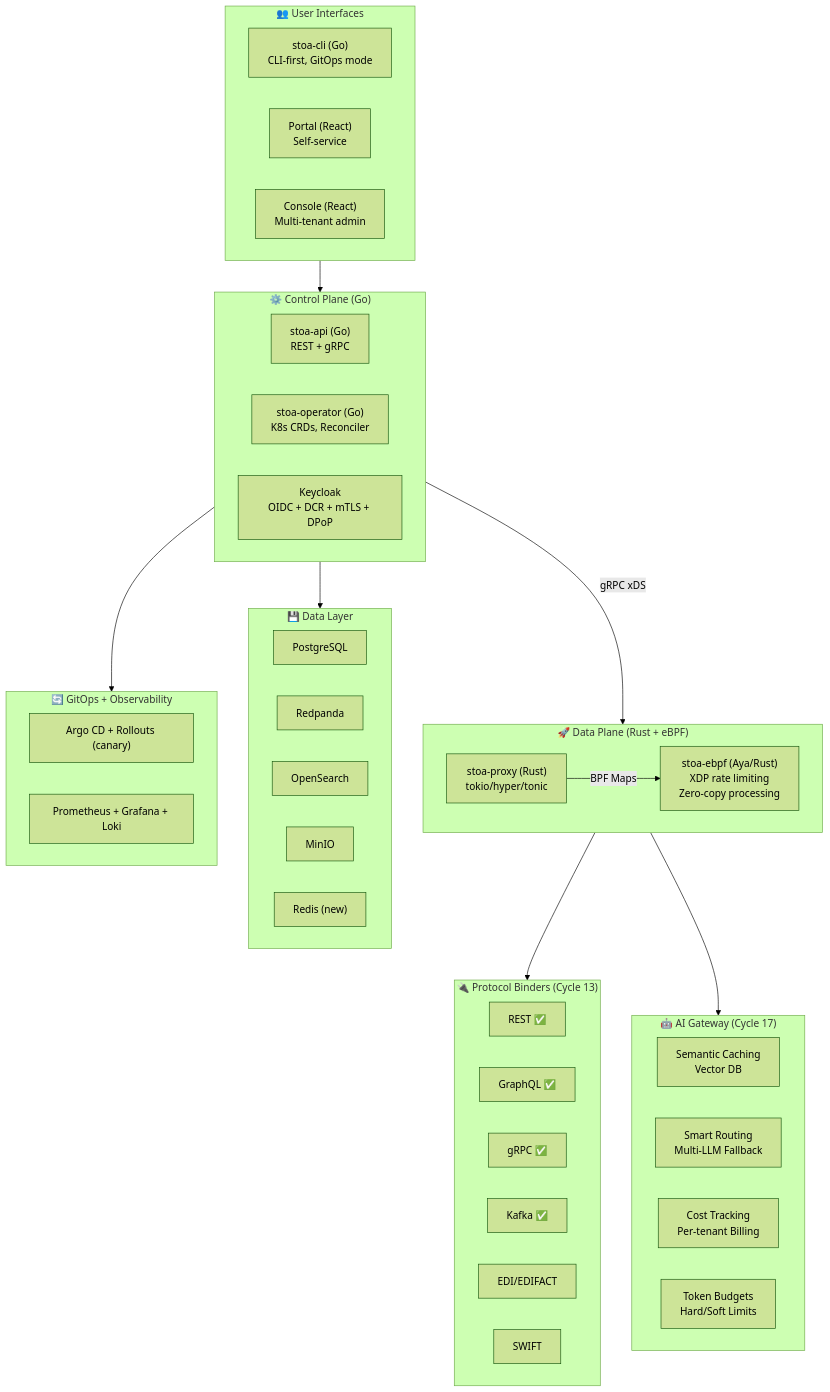
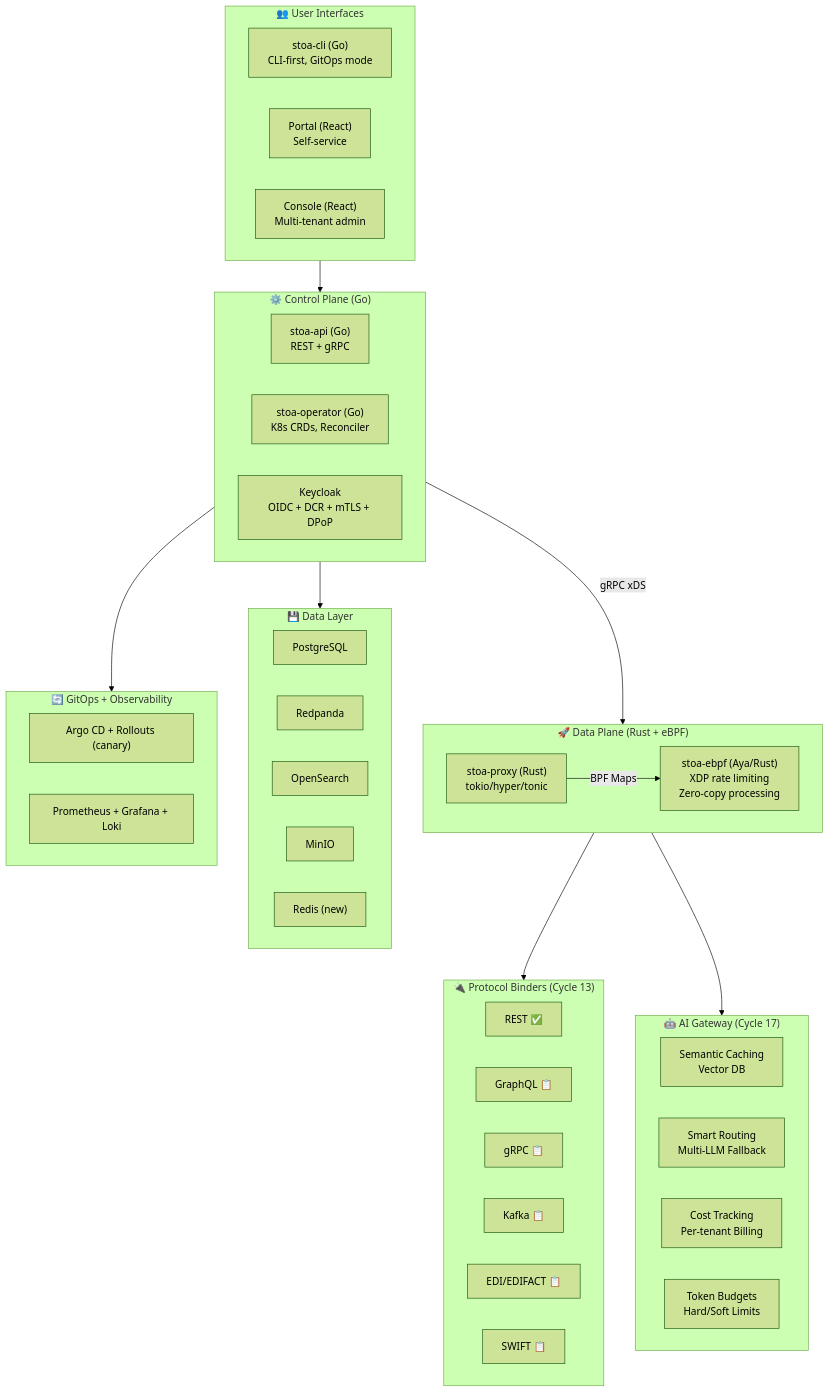
One commit to stoa-platform/stoa-docs changed the third of 4 diagrams in docs/architecture/architecture-overview.md. Above: the diagram before and after it, drawn with Mermaid (forest theme). The commit also changed 8 other files, not shown here.

````diff
--- a/docs/architecture/architecture-overview.md
+++ b/docs/architecture/architecture-overview.md
@@ -167,56 +167,56 @@
 ```mermaid
 flowchart TB
     subgraph UIs["👥 User Interfaces"]
         CLI["stoa-cli (Go)<br/>CLI-first, GitOps mode"]
         PortalT["Portal (React)<br/>Self-service"]
         ConsoleT["Console (React)<br/>Multi-tenant admin"]
     end
 
     subgraph CP["⚙️ Control Plane (Go)"]
         GoAPI["stoa-api (Go)<br/>REST + gRPC"]
         Operator["stoa-operator (Go)<br/>K8s CRDs, Reconciler"]
         KCT["Keycloak<br/>OIDC + DCR + mTLS + DPoP"]
     end
 
     subgraph DP["🚀 Data Plane (Rust + eBPF)"]
         Proxy["stoa-proxy (Rust)<br/>tokio/hyper/tonic"]
         eBPF["stoa-ebpf (Aya/Rust)<br/>XDP rate limiting<br/>Zero-copy processing"]
     end
 
     subgraph Binders["🔌 Protocol Binders (Cycle 13)"]
         REST["REST ✅"]
-        GQL["GraphQL ✅"]
-        GRPC["gRPC ✅"]
-        KafkaB["Kafka ✅"]
-        EDI["EDI/EDIFACT"]
-        SWIFT["SWIFT"]
+        GQL["GraphQL 📋"]
+        GRPC["gRPC 📋"]
+        KafkaB["Kafka 📋"]
+        EDI["EDI/EDIFACT 📋"]
+        SWIFT["SWIFT 📋"]
     end
 
     subgraph AI["🤖 AI Gateway (Cycle 17)"]
         SemCache["Semantic Caching<br/>Vector DB"]
         SmartRoute["Smart Routing<br/>Multi-LLM Fallback"]
         Cost["Cost Tracking<br/>Per-tenant Billing"]
         Budgets["Token Budgets<br/>Hard/Soft Limits"]
     end
 
     subgraph DataT["💾 Data Layer"]
         PGT["PostgreSQL"]
         RedpandaT["Redpanda"]
         OST["OpenSearch"]
         MinIOT["MinIO"]
         Redis["Redis (new)"]
     end
 
     subgraph GitOpsT["🔄 GitOps + Observability"]
         ArgoT["Argo CD + Rollouts (canary)"]
         PromT["Prometheus + Grafana + Loki"]
     end
 
     UIs --> CP
     CP -->|gRPC xDS| DP
     DP --> Binders
     DP --> AI
     Proxy -->|BPF Maps| eBPF
     CP --> DataT
     CP --> GitOpsT
 ```
````
